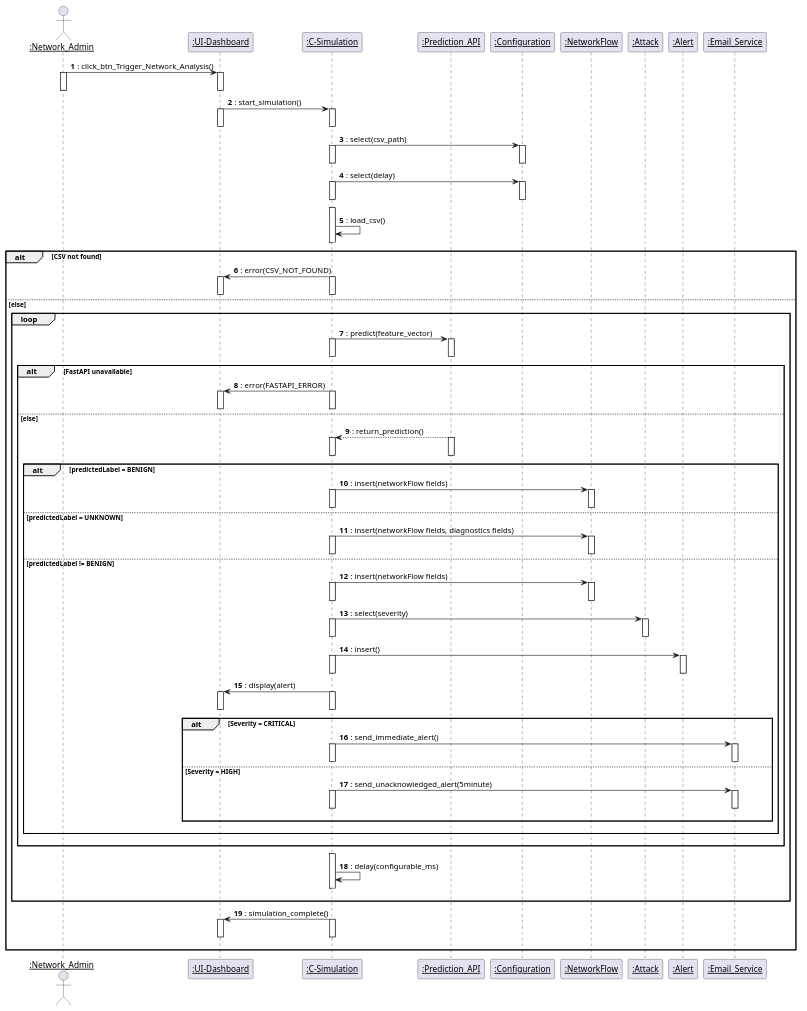
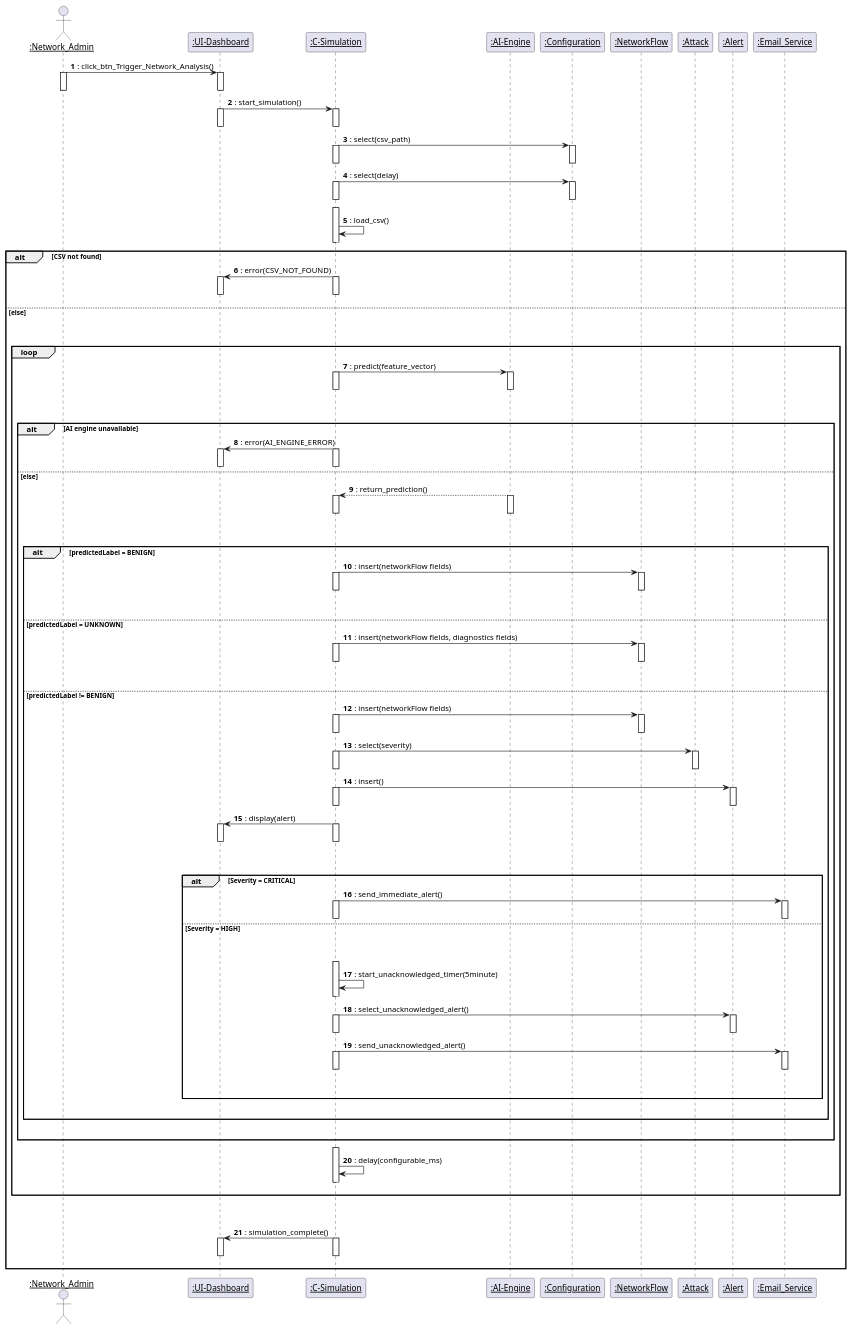
The diagram in diagrams/code/SeqD_trigger_network_analysis.puml (Amira-BOUAFIF/pfe-nids-report), drawn with PlantUML before and after one commit. The commit also changed 4 other files, not shown here.

Commit message:
Update sequence diagram and improve model configuration details in Chapters 3 and 5

```diff
--- a/diagrams/code/SeqD_trigger_network_analysis.puml
+++ b/diagrams/code/SeqD_trigger_network_analysis.puml
@@ -9,7 +9,7 @@
 actor ":Network_Admin" as Admin
 participant ":UI-Dashboard" as UI
 participant ":C-Simulation" as Sim
-participant ":Prediction_API" as API
+participant ":AI-Engine" as AI
 participant ":Configuration" as Config
 participant ":NetworkFlow" as NF
 participant ":Attack" as AttackE
@@ -59,19 +59,43 @@
     deactivate Sim
     deactivate UI
 
+    autonumber stop
+    UI -[#white]> AlertE
+    autonumber resume
+    
+
 else else
 
+autonumber stop
+UI -[#white]> AlertE
+autonumber resume
+autonumber stop
+UI -[#white]> AlertE
+autonumber resume
+autonumber stop
+UI -[#white]> AlertE
+        autonumber resume
     loop 
 
-        Sim -> API :: predict(feature_vector)
+        Sim -> AI :: predict(feature_vector)
         activate Sim
-        activate API
+        activate AI
         deactivate Sim
-        deactivate API
+        deactivate AI
 
-        alt FastAPI unavailable
+        autonumber stop
+        UI -[#white]> AlertE
+        autonumber resume
+        autonumber stop
+        UI -[#white]> AlertE
+        autonumber resume
+        autonumber stop
+        UI -[#white]> AlertE
+        autonumber resume
 
-            Sim -> UI :: error(FASTAPI_ERROR)
+        alt AI engine unavailable
+
+            Sim -> UI :: error(AI_ENGINE_ERROR)
             activate Sim
             activate UI
             deactivate Sim
@@ -79,11 +103,21 @@
 
         else else
 
-            API --> Sim :: return_prediction()
-            activate API
+            AI --> Sim :: return_prediction()
+            activate AI
             activate Sim
-            deactivate API
+            deactivate AI
             deactivate Sim
+
+            autonumber stop
+            UI -[#white]> AlertE
+            autonumber resume
+            autonumber stop
+            UI -[#white]> AlertE
+            autonumber resume
+            autonumber stop
+            UI -[#white]> AlertE
+            autonumber resume
 
             alt predictedLabel = BENIGN
 
@@ -92,6 +126,15 @@
                 activate NF
                 deactivate Sim
                 deactivate NF
+                autonumber stop
+                UI -[#white]> AlertE
+                autonumber resume
+                autonumber stop
+                UI -[#white]> AlertE
+                autonumber resume
+                autonumber stop
+                UI -[#white]> AlertE
+                autonumber resume
 
             else predictedLabel = UNKNOWN
 
@@ -100,6 +143,15 @@
                 activate NF
                 deactivate Sim
                 deactivate NF
+                autonumber stop
+                UI -[#white]> AlertE
+                autonumber resume
+                autonumber stop
+                UI -[#white]> AlertE
+                autonumber resume
+                autonumber stop
+                UI -[#white]> AlertE
+                autonumber resume
 
             else predictedLabel != BENIGN
 
@@ -126,6 +178,15 @@
                 activate UI
                 deactivate Sim
                 deactivate UI
+                autonumber stop
+                UI -[#white]> AlertE
+                autonumber resume
+                autonumber stop
+                UI -[#white]> AlertE
+                autonumber resume
+                autonumber stop
+                UI -[#white]> AlertE
+                autonumber resume
 
                 alt Severity = CRITICAL
 
@@ -136,8 +197,34 @@
                     deactivate Email
 
                 else Severity = HIGH
+                    autonumber stop
+                    UI -[#white]> AlertE
+                    autonumber resume
+                    autonumber stop
+                    UI -[#white]> AlertE
+                    autonumber resume
+                    autonumber stop
+                    UI -[#white]> AlertE
+                    autonumber resume
 
-                    Sim -> Email :: send_unacknowledged_alert(5minute)
+                  
+                    autonumber stop
+                    Sim -[#white]> NF
+                    autonumber resume
+                    activate Sim
+                    Sim -> Sim :: start_unacknowledged_timer(5minute)
+                    autonumber stop
+                    Sim -[#white]> NF
+                    autonumber resume
+                    deactivate Sim
+
+                    Sim -> AlertE :: select_unacknowledged_alert()
+                    activate Sim
+                    activate AlertE
+                    deactivate Sim
+                    deactivate AlertE
+
+                    Sim -> Email :: send_unacknowledged_alert()
                     activate Sim
                     activate Email
                     deactivate Sim
@@ -145,6 +232,13 @@
 
                     autonumber stop
                     UI -[#white]> NF
+                    autonumber resume
+                    autonumber stop
+                    Sim -[#white]> AttackE
+
+                   autonumber resume
+                   autonumber stop
+                   Sim -[#white]> AttackE
 
                 end
 
@@ -152,12 +246,24 @@
                 autonumber stop
                 Admin -[#white]> AttackE
 
+                autonumber resume
+                autonumber stop
+                Admin -[#white]> AttackE
+
             end
+            
 
             autonumber stop
             Admin -[#white]> AttackE
+        
+           autonumber stop
+           UI -[#white]> AlertE
+           autonumber resume
+           autonumber stop
+        
 
         end
+       
 
         autonumber stop
         Sim -[#white]> AlertE
@@ -175,6 +281,15 @@
     end
 
     autonumber resume
+    autonumber stop
+    UI -[#white]> AlertE
+    autonumber resume
+    autonumber stop
+    UI -[#white]> AlertE
+    autonumber resume
+    autonumber stop
+    UI -[#white]> AlertE
+    autonumber resume
 
     Sim -> UI :: simulation_complete()
     activate Sim
```
